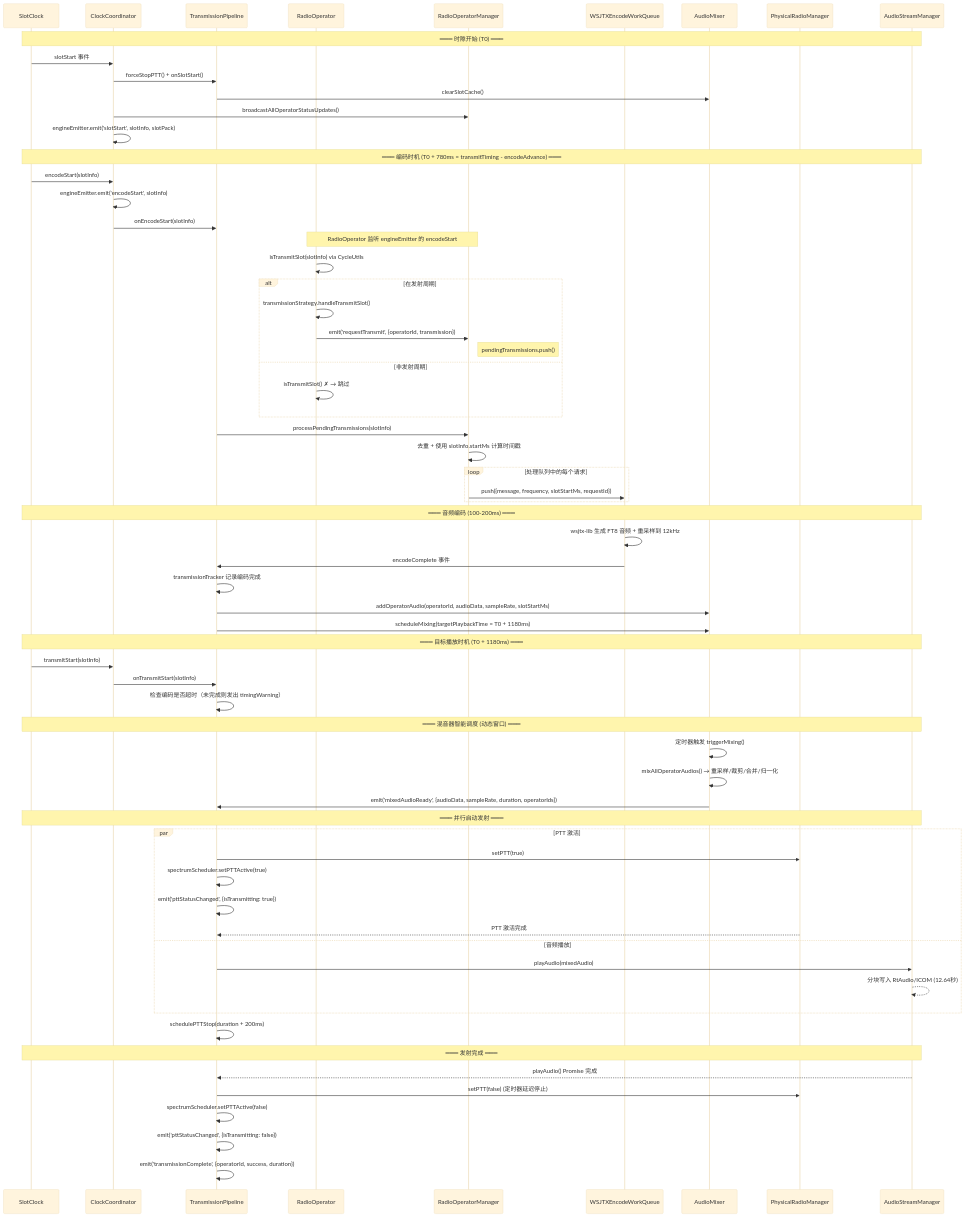
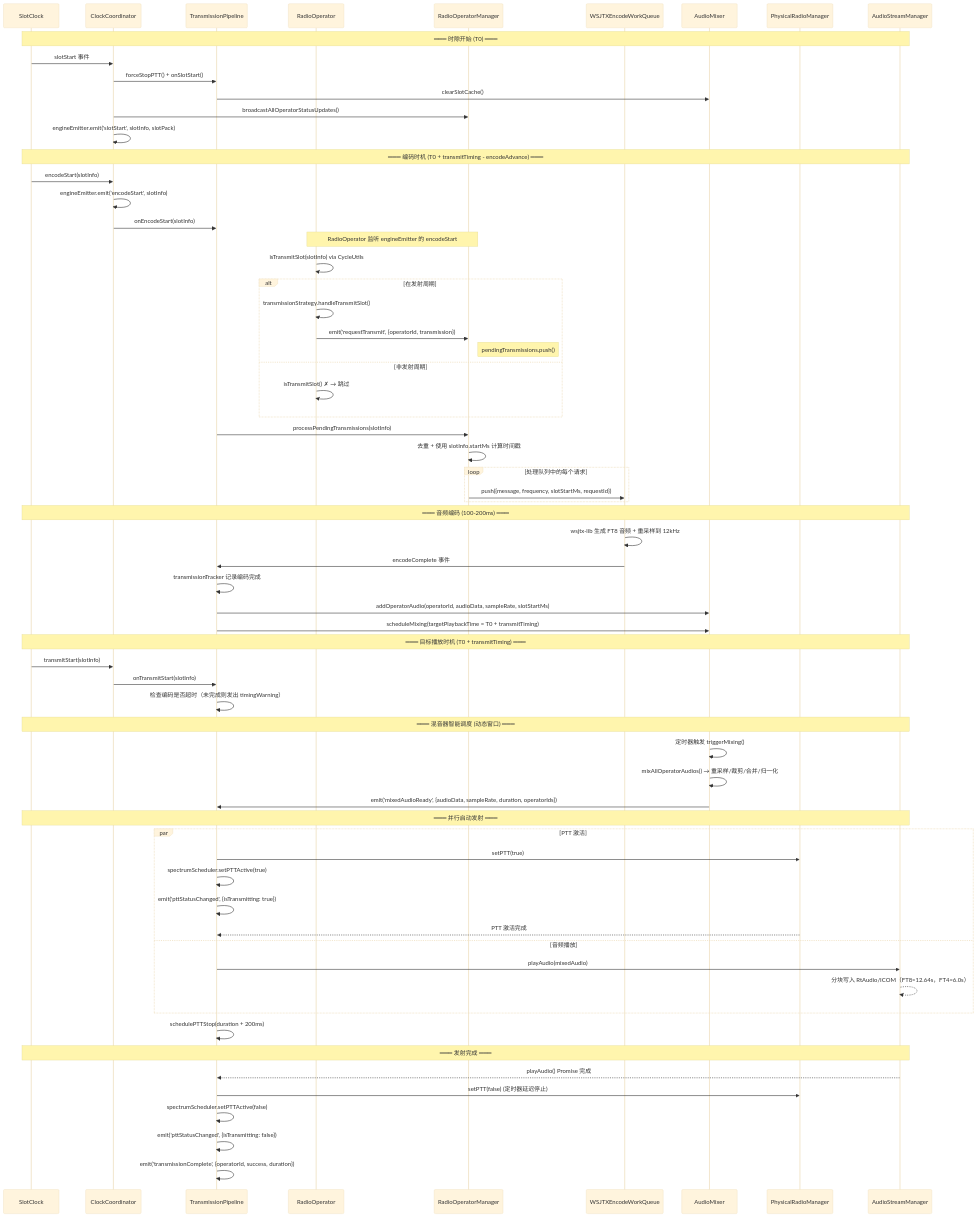
One commit to boybook/tx-5dr changed the diagram in packages/server/CLAUDE.md. Above: the diagram before and after it, drawn with Mermaid (base theme). The commit also changed other lines of this file and 24 other files, not shown here.

````diff
--- a/packages/server/CLAUDE.md
+++ b/packages/server/CLAUDE.md
@@ -89,78 +89,78 @@
 ```mermaid
 sequenceDiagram
     participant Clock as SlotClock
     participant Coord as ClockCoordinator
     participant Pipeline as TransmissionPipeline
     participant Operator as RadioOperator
     participant Manager as RadioOperatorManager
     participant EncQueue as WSJTXEncodeWorkQueue
     participant Mixer as AudioMixer
     participant PTT as PhysicalRadioManager
     participant Audio as AudioStreamManager
 
     Note over Clock,Audio: ═══ 时隙开始 (T0) ═══
     Clock->>Coord: slotStart 事件
     Coord->>Pipeline: forceStopPTT() + onSlotStart()
     Pipeline->>Mixer: clearSlotCache()
     Coord->>Manager: broadcastAllOperatorStatusUpdates()
     Coord->>Coord: engineEmitter.emit('slotStart', slotInfo, slotPack)
 
-    Note over Clock,Audio: ═══ 编码时机 (T0 + 780ms = transmitTiming - encodeAdvance) ═══
+    Note over Clock,Audio: ═══ 编码时机 (T0 + transmitTiming - encodeAdvance) ═══
     Clock->>Coord: encodeStart(slotInfo)
     Coord->>Coord: engineEmitter.emit('encodeStart', slotInfo)
     Coord->>Pipeline: onEncodeStart(slotInfo)
 
     Note over Operator,Manager: RadioOperator 监听 engineEmitter 的 encodeStart
     Operator->>Operator: isTransmitSlot(slotInfo) via CycleUtils
 
     alt 在发射周期
         Operator->>Operator: transmissionStrategy.handleTransmitSlot()
         Operator->>Manager: emit('requestTransmit', {operatorId, transmission})
         Note right of Manager: pendingTransmissions.push()
     else 非发射周期
         Operator->>Operator: isTransmitSlot() ✗ → 跳过
     end
 
     Pipeline->>Manager: processPendingTransmissions(slotInfo)
     Manager->>Manager: 去重 + 使用 slotInfo.startMs 计算时间戳
 
     loop 处理队列中的每个请求
         Manager->>EncQueue: push({message, frequency, slotStartMs, requestId})
     end
 
     Note over Clock,Audio: ═══ 音频编码 (100-200ms) ═══
     EncQueue->>EncQueue: wsjtx-lib 生成 FT8 音频 + 重采样到 12kHz
     EncQueue->>Pipeline: encodeComplete 事件
     Pipeline->>Pipeline: transmissionTracker 记录编码完成
     Pipeline->>Mixer: addOperatorAudio(operatorId, audioData, sampleRate, slotStartMs)
-    Pipeline->>Mixer: scheduleMixing(targetPlaybackTime = T0 + 1180ms)
+    Pipeline->>Mixer: scheduleMixing(targetPlaybackTime = T0 + transmitTiming)
 
-    Note over Clock,Audio: ═══ 目标播放时机 (T0 + 1180ms) ═══
+    Note over Clock,Audio: ═══ 目标播放时机 (T0 + transmitTiming) ═══
     Clock->>Coord: transmitStart(slotInfo)
     Coord->>Pipeline: onTransmitStart(slotInfo)
     Pipeline->>Pipeline: 检查编码是否超时（未完成则发出 timingWarning）
 
     Note over Clock,Audio: ═══ 混音器智能调度 (动态窗口) ═══
     Mixer->>Mixer: 定时器触发 triggerMixing()
     Mixer->>Mixer: mixAllOperatorAudios() → 重采样/裁剪/合并/归一化
     Mixer->>Pipeline: emit('mixedAudioReady', {audioData, sampleRate, duration, operatorIds})
 
     Note over Clock,Audio: ═══ 并行启动发射 ═══
     par PTT 激活
         Pipeline->>PTT: setPTT(true)
         Pipeline->>Pipeline: spectrumScheduler.setPTTActive(true)
         Pipeline->>Pipeline: emit('pttStatusChanged', {isTransmitting: true})
         PTT-->>Pipeline: PTT 激活完成
     and 音频播放
         Pipeline->>Audio: playAudio(mixedAudio)
-        Audio-->>Audio: 分块写入 RtAudio/ICOM (12.64秒)
+        Audio-->>Audio: 分块写入 RtAudio/ICOM（FT8≈12.64s，FT4≈6.0s）
     end
     Pipeline->>Pipeline: schedulePTTStop(duration + 200ms)
 
     Note over Clock,Audio: ═══ 发射完成 ═══
     Audio-->>Pipeline: playAudio() Promise 完成
     Pipeline->>PTT: setPTT(false) (定时器延迟停止)
     Pipeline->>Pipeline: spectrumScheduler.setPTTActive(false)
     Pipeline->>Pipeline: emit('pttStatusChanged', {isTransmitting: false})
     Pipeline->>Pipeline: emit('transmissionComplete', {operatorId, success, duration})
 ```
````
